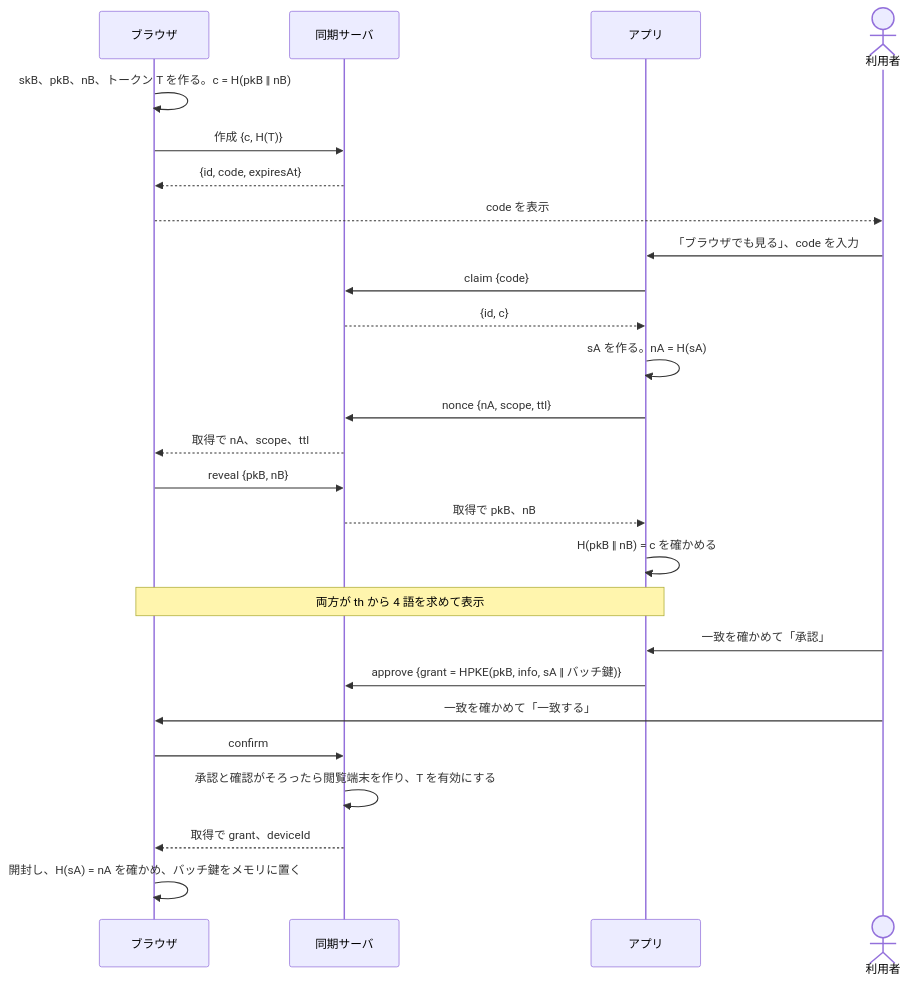
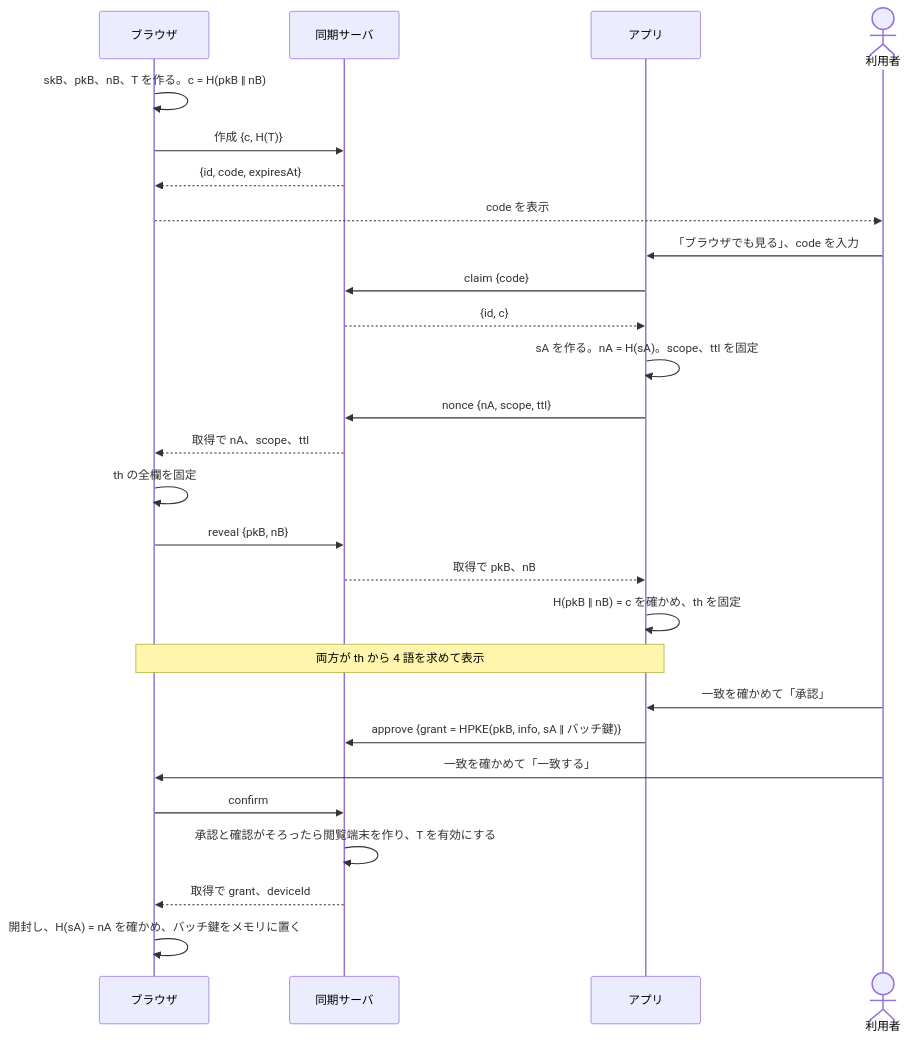
One commit to sksat/ashidori changed the diagram in docs/design/browser-pairing-v1.md. Above: the diagram before and after it, drawn with Mermaid. The commit also changed other lines of this file and 3 other files, not shown here.

````diff
--- a/docs/design/browser-pairing-v1.md
+++ b/docs/design/browser-pairing-v1.md
@@ -35,28 +38,29 @@
 ```mermaid
 sequenceDiagram
   participant W as ブラウザ
   participant S as 同期サーバ
   participant P as アプリ
   actor U as 利用者
-  W->>W: skB、pkB、nB、トークン T を作る。c = H(pkB ‖ nB)
+  W->>W: skB、pkB、nB、T を作る。c = H(pkB ‖ nB)
   W->>S: 作成 {c, H(T)}
   S-->>W: {id, code, expiresAt}
   W-->>U: code を表示
   U->>P: 「ブラウザでも見る」、code を入力
   P->>S: claim {code}
   S-->>P: {id, c}
-  P->>P: sA を作る。nA = H(sA)
+  P->>P: sA を作る。nA = H(sA)。scope、ttl を固定
   P->>S: nonce {nA, scope, ttl}
   S-->>W: 取得で nA、scope、ttl
+  W->>W: th の全欄を固定
   W->>S: reveal {pkB, nB}
   S-->>P: 取得で pkB、nB
-  P->>P: H(pkB ‖ nB) = c を確かめる
+  P->>P: H(pkB ‖ nB) = c を確かめ、th を固定
   Note over W,P: 両方が th から 4 語を求めて表示
   U->>P: 一致を確かめて「承認」
   P->>S: approve {grant = HPKE(pkB, info, sA ‖ バッチ鍵)}
   U->>W: 一致を確かめて「一致する」
   W->>S: confirm
   S->>S: 承認と確認がそろったら閲覧端末を作り、T を有効にする
   S-->>W: 取得で grant、deviceId
   W->>W: 開封し、H(sA) = nA を確かめ、バッチ鍵をメモリに置く
 ```
````
